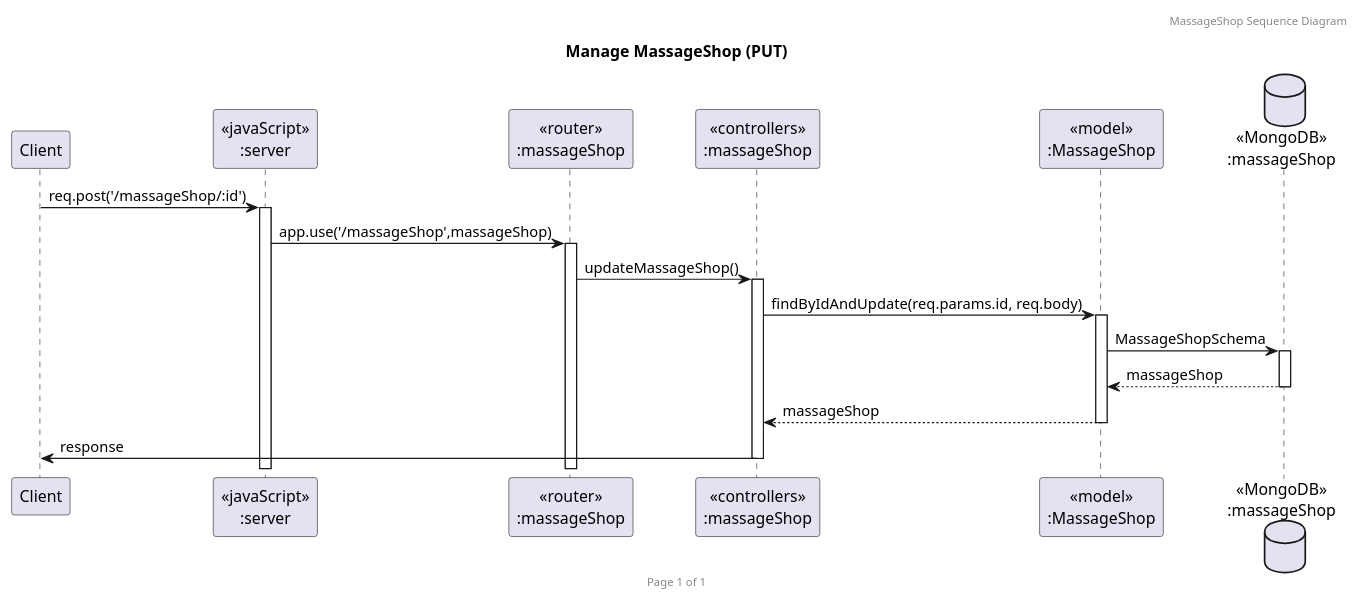
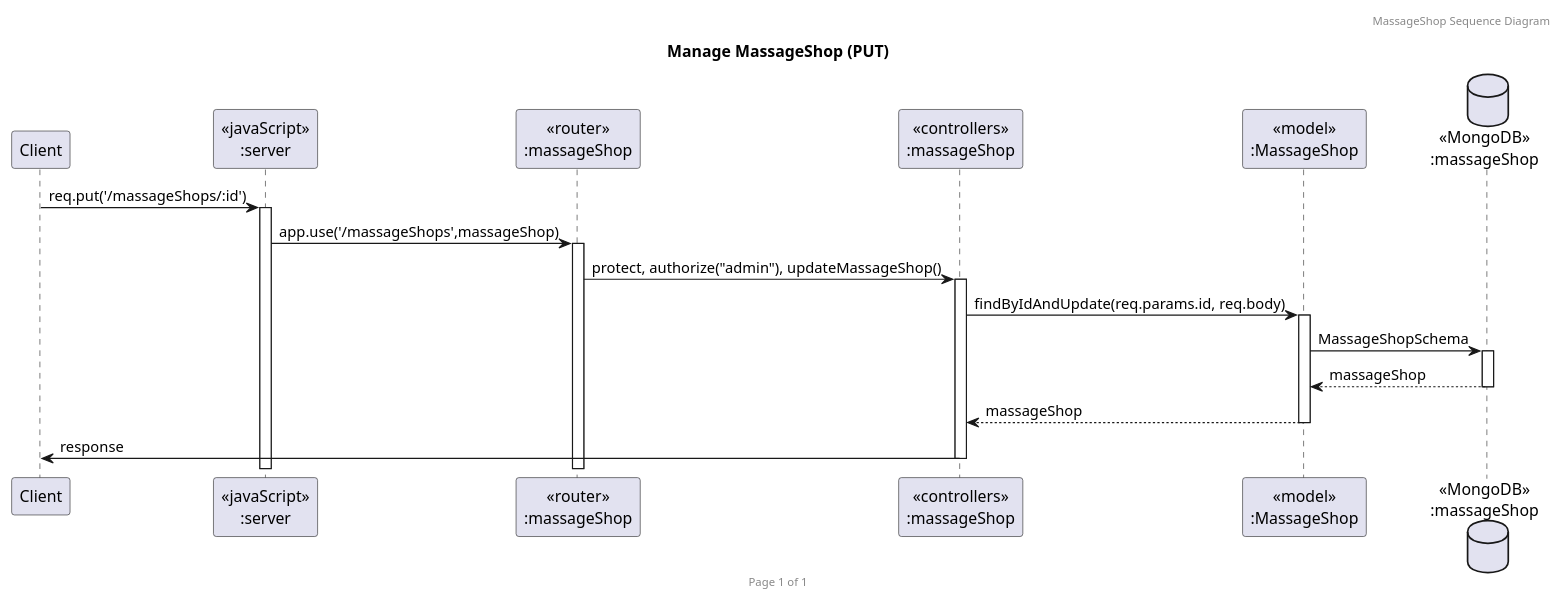
Before and after one commit to 2110503TACEDT66/presentation-day-1-kalaeksi-phloeng-rachan: the diagram in uml/SequenceDiagram/MassageShop/put.puml, drawn with PlantUML. The commit also changed 9 other files, not shown here.

Commit message:
fix uml diagram

```diff
--- a/uml/SequenceDiagram/MassageShop/put.puml
+++ b/uml/SequenceDiagram/MassageShop/put.puml
@@ -1,27 +1,27 @@
 @startuml Manage MassageShop (PUT)
 
 
 header MassageShop Sequence Diagram
 footer Page %page% of %lastpage%
 title "Manage MassageShop (PUT)"
 
 
 participant "Client" as client
 participant "<<javaScript>>\n:server" as server
 participant "<<router>>\n:massageShop" as routerMassageShops
 participant "<<controllers>>\n:massageShop" as controllersMassageShops
 participant "<<model>>\n:MassageShop" as modelMassageShop
 database "<<MongoDB>>\n:massageShop" as MassageShopsDatabase
 
 
-client->server ++:req.post('/massageShop/:id')
-server->routerMassageShops ++:app.use('/massageShop',massageShop)
-routerMassageShops -> controllersMassageShops ++:updateMassageShop()
+client->server ++:req.put('/massageShops/:id')
+server->routerMassageShops ++:app.use('/massageShops',massageShop)
+routerMassageShops -> controllersMassageShops ++:protect, authorize("admin"), updateMassageShop()
 controllersMassageShops->modelMassageShop ++:findByIdAndUpdate(req.params.id, req.body)
 modelMassageShop ->MassageShopsDatabase ++: MassageShopSchema
 MassageShopsDatabase --> modelMassageShop --: massageShop
 controllersMassageShops <-- modelMassageShop --:massageShop
 controllersMassageShops->client --:response
 
 
 @enduml
```
